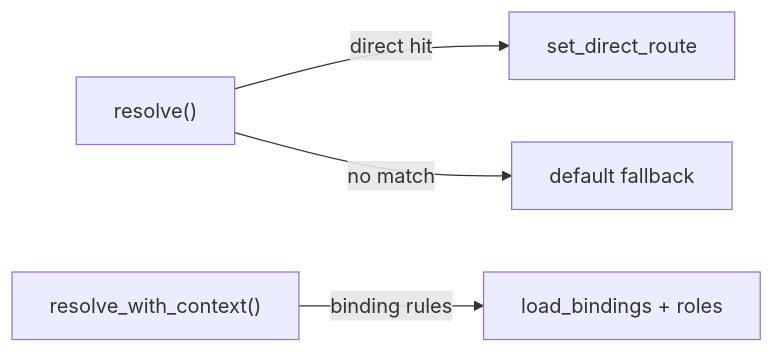
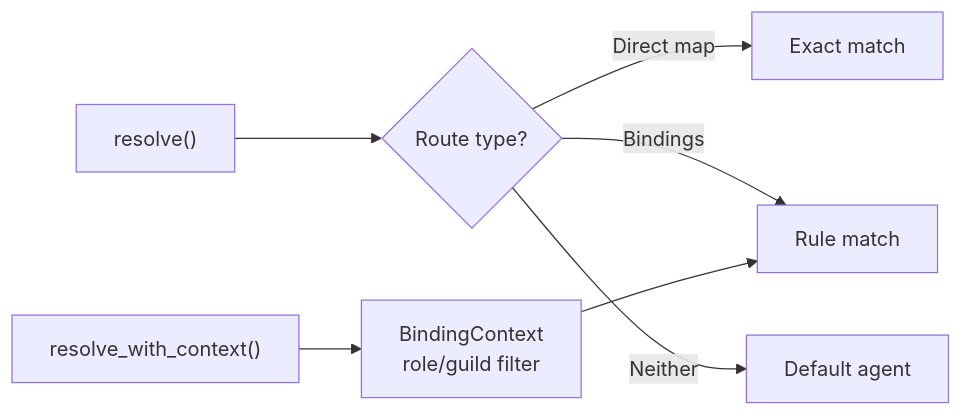
One commit to leszek3737/librefang-WIki changed the diagram in other-librefang-channels-benches.md. Above: the diagram before and after it, drawn with Mermaid. The commit also changed other lines of this file and 98 other files, not shown here.

````diff
--- a/other-librefang-channels-benches.md
+++ b/other-librefang-channels-benches.md
@@ -41,6 +60,9 @@
 ```mermaid
 flowchart LR
-    A["resolve()"] -->|"direct hit"| B["set_direct_route"]
-    A -->|"no match"| C["default fallback"]
-    D["resolve_with_context()"] -->|"binding rules"| E["load_bindings + roles"]
+    A["resolve()"] --> D{Route type?}
+    D -->|Direct map| E["Exact match"]
+    D -->|Bindings| F["Rule match"]
+    D -->|Neither| G["Default agent"]
+    H["resolve_with_context()"] --> I["BindingContext\nrole/guild filter"]
+    I --> F
 ```
````
